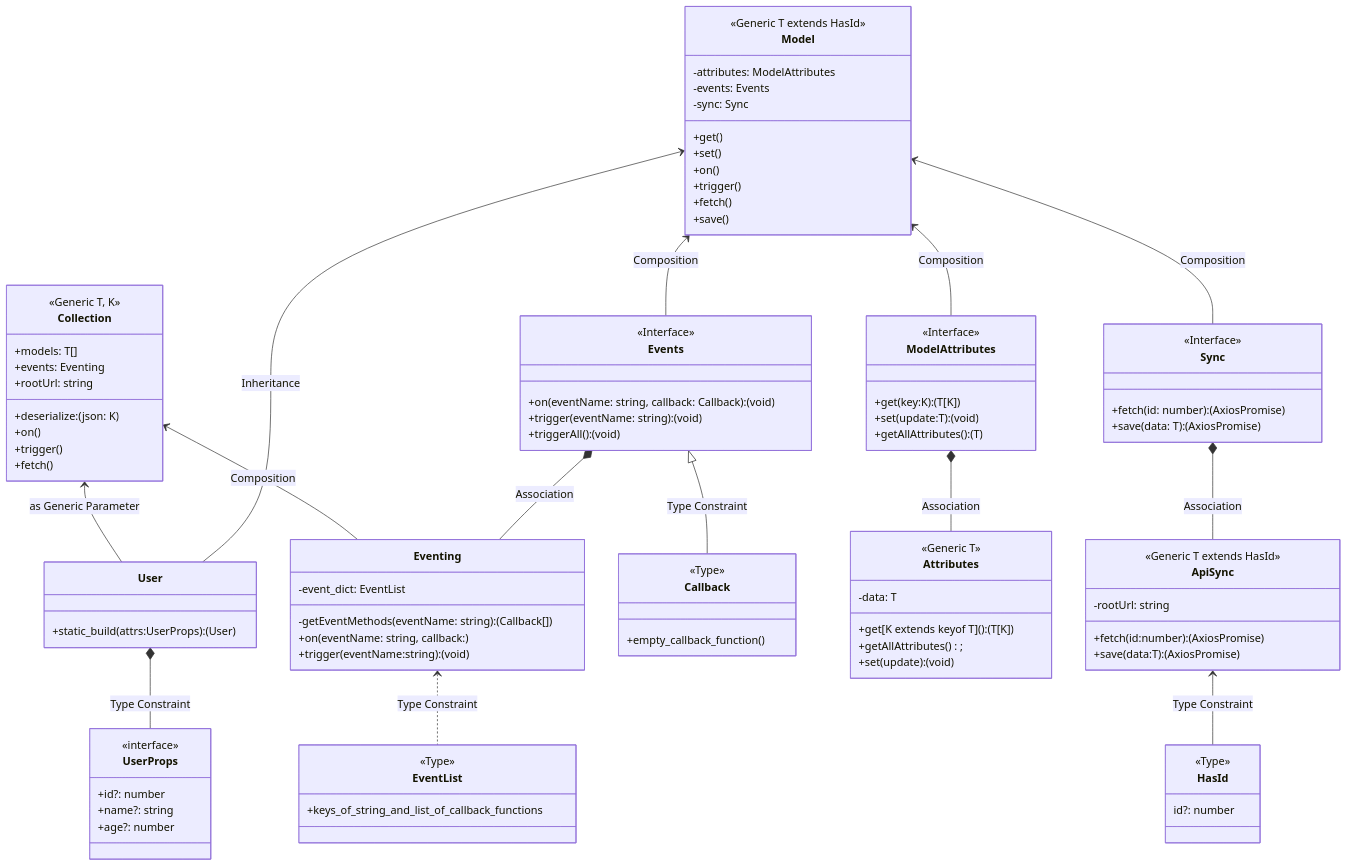
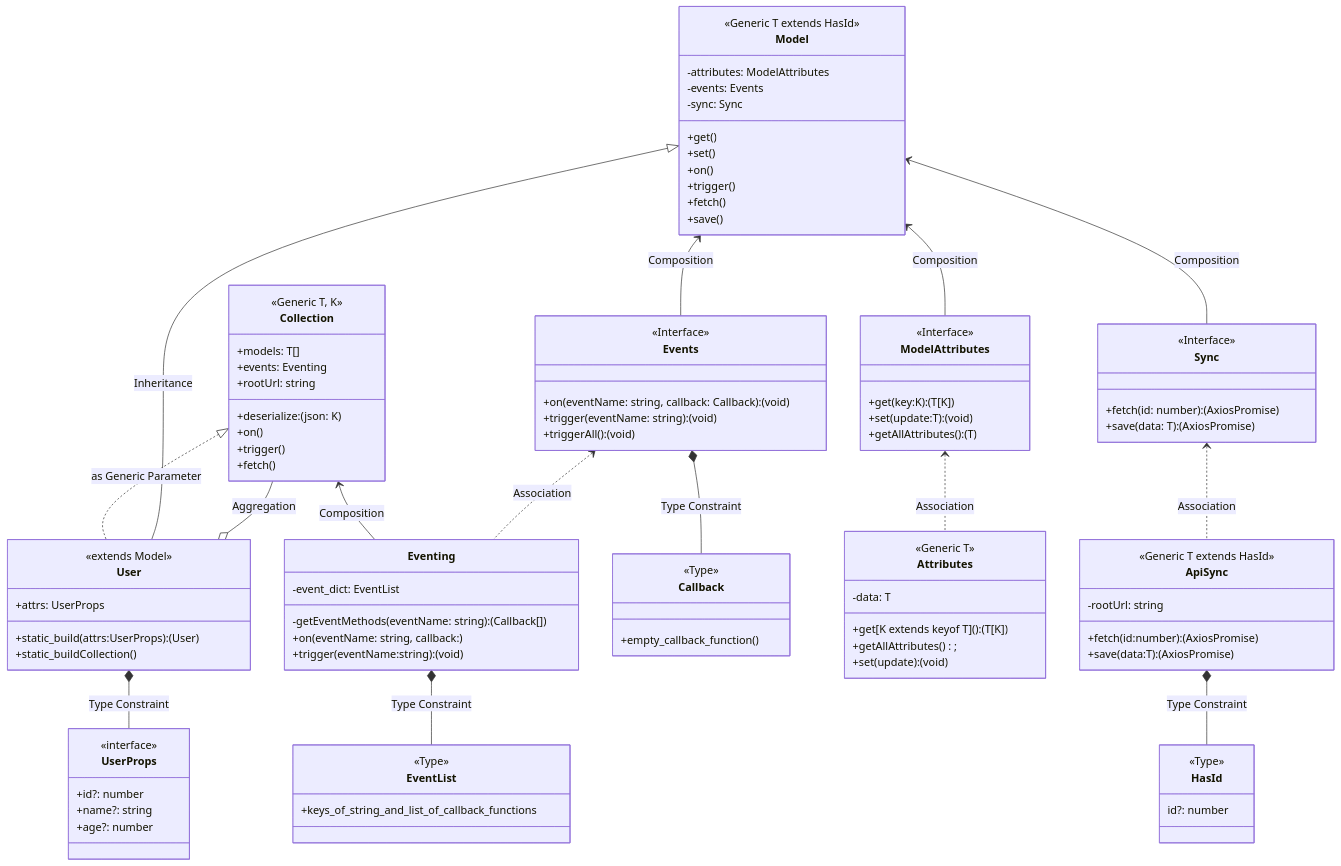
One commit to frzhen/typescript-web-framework changed the third of 3 diagrams in README.md. Above: the diagram before and after it, drawn with Mermaid. The commit also changed 3 other files, not shown here.

Commit message:
Added buildCollection method in User to call collection in User

````diff
--- a/README.md
+++ b/README.md
@@ -167,9 +167,13 @@
    +fetch()
    }
    Collection <-- Eventing: Composition
-   Collection <-- User: as Generic Parameter
+   Collection <|.. User: as Generic Parameter
+   User o-- Collection: Aggregation
    class User {
+   <<extends Model>>
+   +attrs: UserProps
    +static_build(attrs:UserProps): (User)
+   +static_buildCollection()
    }
    class UserProps {
    <<interface>>
@@ -182,7 +186,7 @@
    <<Type>>
    +empty_callback_function()
    }
-   Model <-- User: Inheritance
+   Model <|-- User: Inheritance
    class Model{
    <<Generic T extends HasId>>
    -attributes: ModelAttributes
@@ -202,7 +206,7 @@
    +getAllAttributes():(T)
    }
    Model <-- ModelAttributes: Composition
-   ModelAttributes *-- Attributes: Association
+   ModelAttributes <.. Attributes: Association
    class Events{
    <<Interface>>
    +on(eventName: string, callback: Callback):(void)
@@ -210,13 +214,13 @@
    +triggerAll():(void)
    }
    Model <-- Events: Composition
-   Events *-- Eventing: Association
+   Events <.. Eventing: Association
    class EventList {
    <<Type>>
    +keys_of_string_and_list_of_callback_functions
    }
-   Events <|-- Callback: Type Constraint
-   Eventing <.. EventList: Type Constraint
+   Events *-- Callback: Type Constraint
+   Eventing *-- EventList: Type Constraint
    class Eventing {
    -event_dict: EventList
    -getEventMethods(eventName: string): (Callback[])
@@ -229,7 +233,7 @@
    +save(data: T): (AxiosPromise)
    }
    Model <-- Sync: Composition
-   Sync *-- ApiSync: Association
+   Sync <.. ApiSync: Association
    class Attributes{
    <<Generic T>>
    -data: T
@@ -247,5 +251,5 @@
    <<Type>>
    id?: number
    }
-   ApiSync <-- HasId: Type Constraint
+   ApiSync *-- HasId: Type Constraint
 ```
````
